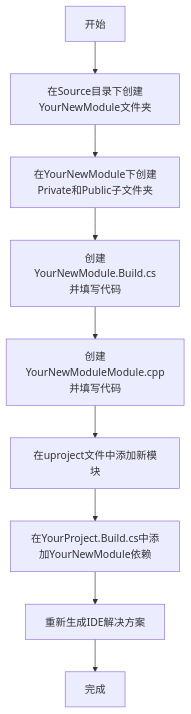
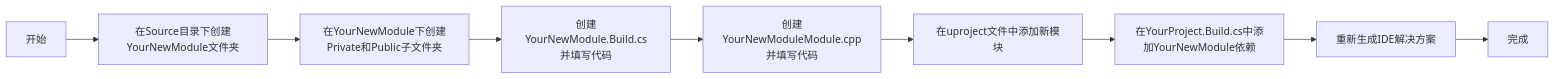
Before and after one commit to bayzhen/MarkovLibrary: the diagram in 指南/创建新模块/README.md, drawn with Mermaid.

````diff
--- a/指南/创建新模块/README.md
+++ b/指南/创建新模块/README.md
@@ -1,11 +1,11 @@
 ```mermaid
-graph TD;
+graph LR;
     A[开始] --> B[在Source目录下创建YourNewModule文件夹];
     B --> C[在YourNewModule下创建Private和Public子文件夹];
     C --> D[创建YourNewModule.Build.cs并填写代码];
     D --> E[创建YourNewModuleModule.cpp并填写代码];
     E --> F[在uproject文件中添加新模块];
     F --> G[在YourProject.Build.cs中添加YourNewModule依赖];
     G --> H[重新生成IDE解决方案];
     H --> I[完成];
 ```
````
